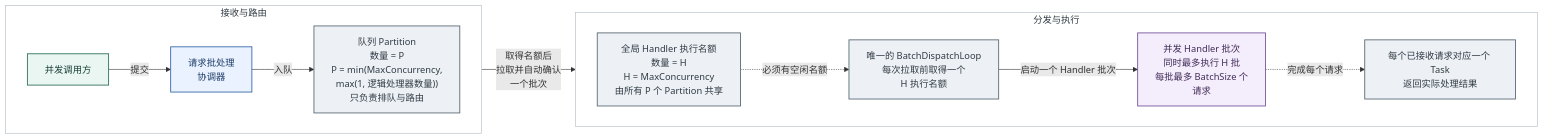
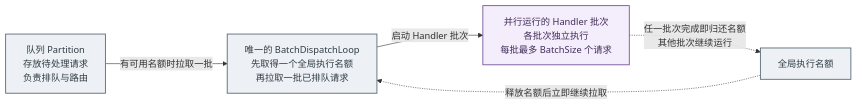
Before and after one commit to eventhorizon-cli/RequestBatcher: the diagram in docs/assets/request-batcher-dispatch-scheduling.zh-CN.mmd, drawn with Mermaid. The commit also changed 8 other files, not shown here.

Commit message:
docs: clarify batch dispatch scheduling

```diff
--- a/docs/assets/request-batcher-dispatch-scheduling.zh-CN.mmd
+++ b/docs/assets/request-batcher-dispatch-scheduling.zh-CN.mmd
@@ -1,32 +1,11 @@
 flowchart LR
-    subgraph admission["接收与路由"]
-        direction LR
-        callers["并发调用方"] -->|提交| coordinator["请求批处理<br/>协调器"]
-        partitions["队列 Partition<br/>数量 = P<br/>P = min(MaxConcurrency,<br/>max(1, 逻辑处理器数量))<br/>只负责排队与路由"]
-        coordinator -->|入队| partitions
-    end
+    partitions["队列 Partition<br/>存放待处理请求<br/>负责排队与路由"] -->|有可用名额时拉取一批| dispatch["唯一的 BatchDispatchLoop<br/>先取得一个全局执行名额<br/>再拉取一批已排队请求"]
+    slots["全局执行名额"] -.->|释放名额后立即继续拉取| dispatch
+    dispatch -->|启动 Handler 批次| handlers["并行运行的 Handler 批次<br/>各批次独立执行<br/>每批最多 BatchSize 个请求"]
+    handlers -.->|任一批次完成即归还名额<br/>其他批次继续运行| slots
 
-    subgraph processing["分发与执行"]
-        direction LR
-        slots["全局 Handler 执行名额<br/>数量 = H<br/>H = MaxConcurrency<br/>由所有 P 个 Partition 共享"]
-        dispatch["唯一的 BatchDispatchLoop<br/>每次拉取前取得一个<br/>H 执行名额"]
-        handlers["并发 Handler 批次<br/>同时最多执行 H 批<br/>每批最多 BatchSize 个<br/>请求"]
-        completion["每个已接收请求对应一个 Task<br/>返回实际处理结果"]
-        slots -.->|必须有空闲名额| dispatch
-        dispatch -->|启动一个 Handler 批次| handlers
-        handlers -.->|完成每个请求| completion
-    end
-
-    partitions -->|取得名额后<br/>拉取并自动确认<br/>一个批次| dispatch
-
-    class callers client
-    class coordinator gateway
-    class partitions,dispatch,slots,completion core
+    class partitions,dispatch,slots core
     class handlers handler
 
-    classDef client fill:#e9f6f1,stroke:#2f6f5e,color:#173f35,stroke-width:1.5px
-    classDef gateway fill:#eaf2ff,stroke:#3567a7,color:#1d3b66,stroke-width:1.5px
     classDef core fill:#edf1f5,stroke:#596773,color:#303b44,stroke-width:1.5px
     classDef handler fill:#f4edfb,stroke:#75529b,color:#422d59,stroke-width:1.5px
-    style admission fill:#ffffff,stroke:#aeb8c2,color:#303b44,stroke-width:1px
-    style processing fill:#ffffff,stroke:#aeb8c2,color:#303b44,stroke-width:1px
```
